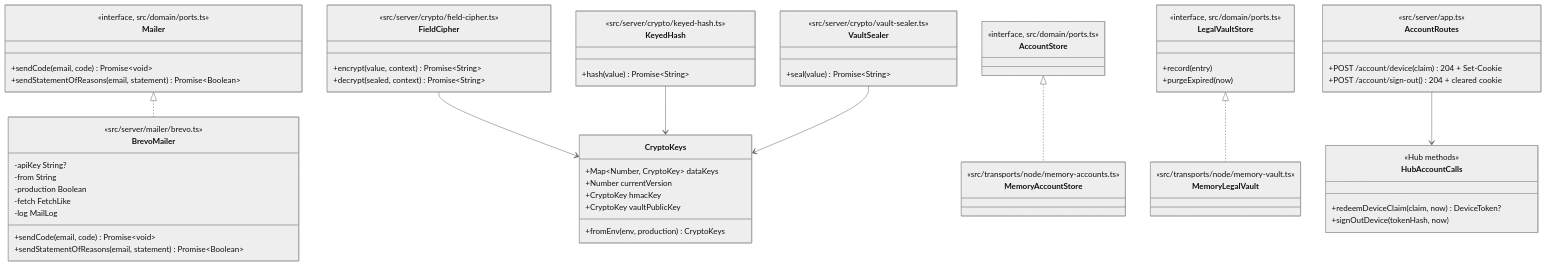
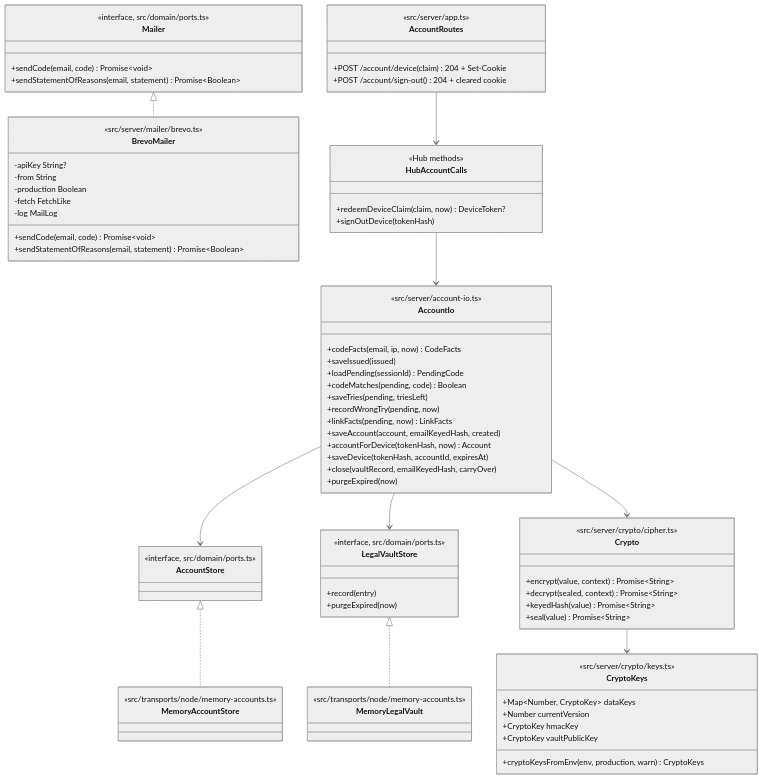
One commit to benoit-bremaud/asv changed the diagram in docs/architecture/diagrams/platform/04d-class-mailer-crypto-account-routes.md. Above: the diagram before and after it, drawn with Mermaid (neutral theme). The commit also changed other lines of this file and 48 other files, not shown here.

First line of the commit message:
feat(accounts): brick 5 — e-mail code sign-in, device cookie, encryption at rest

````diff
--- a/docs/architecture/diagrams/platform/04d-class-mailer-crypto-account-routes.md
+++ b/docs/architecture/diagrams/platform/04d-class-mailer-crypto-account-routes.md
@@ -16,69 +16,81 @@
 ```mermaid
 classDiagram
   class Mailer {
     <<interface, src/domain/ports.ts>>
     +sendCode(email, code) Promise~void~
     +sendStatementOfReasons(email, statement) Promise~Boolean~
   }
   class BrevoMailer {
     <<src/server/mailer/brevo.ts>>
     -apiKey String?
     -from String
     -production Boolean
     -fetch FetchLike
     -log MailLog
     +sendCode(email, code) Promise~void~
     +sendStatementOfReasons(email, statement) Promise~Boolean~
   }
-  class FieldCipher {
-    <<src/server/crypto/field-cipher.ts>>
+  class Crypto {
+    <<src/server/crypto/cipher.ts>>
     +encrypt(value, context) Promise~String~
     +decrypt(sealed, context) Promise~String~
-  }
-  class KeyedHash {
-    <<src/server/crypto/keyed-hash.ts>>
-    +hash(value) Promise~String~
-  }
-  class VaultSealer {
-    <<src/server/crypto/vault-sealer.ts>>
+    +keyedHash(value) Promise~String~
     +seal(value) Promise~String~
   }
   class CryptoKeys {
+    <<src/server/crypto/keys.ts>>
     +Map~Number, CryptoKey~ dataKeys
     +Number currentVersion
     +CryptoKey hmacKey
     +CryptoKey vaultPublicKey
-    +fromEnv(env, production) CryptoKeys
+    +cryptoKeysFromEnv(env, production, warn) CryptoKeys
   }
   class AccountStore {
     <<interface, src/domain/ports.ts>>
   }
   class LegalVaultStore {
     <<interface, src/domain/ports.ts>>
     +record(entry)
     +purgeExpired(now)
   }
   class MemoryAccountStore {
     <<src/transports/node/memory-accounts.ts>>
   }
   class MemoryLegalVault {
-    <<src/transports/node/memory-vault.ts>>
+    <<src/transports/node/memory-accounts.ts>>
+  }
+  class AccountIo {
+    <<src/server/account-io.ts>>
+    +codeFacts(email, ip, now) CodeFacts
+    +saveIssued(issued)
+    +loadPending(sessionId) PendingCode
+    +codeMatches(pending, code) Boolean
+    +saveTries(pending, triesLeft)
+    +recordWrongTry(pending, now)
+    +linkFacts(pending, now) LinkFacts
+    +saveAccount(account, emailKeyedHash, created)
+    +accountForDevice(tokenHash, now) Account
+    +saveDevice(tokenHash, accountId, expiresAt)
+    +close(vaultRecord, emailKeyedHash, carryOver)
+    +purgeExpired(now)
   }
   class AccountRoutes {
     <<src/server/app.ts>>
     +POST /account/device(claim) 204 + Set-Cookie
     +POST /account/sign-out() 204 + cleared cookie
   }
   class HubAccountCalls {
     <<Hub methods>>
     +redeemDeviceClaim(claim, now) DeviceToken?
-    +signOutDevice(tokenHash, now)
+    +signOutDevice(tokenHash)
   }
   Mailer <|.. BrevoMailer
   AccountStore <|.. MemoryAccountStore
   LegalVaultStore <|.. MemoryLegalVault
-  FieldCipher --> CryptoKeys
-  KeyedHash --> CryptoKeys
-  VaultSealer --> CryptoKeys
+  Crypto --> CryptoKeys
+  AccountIo --> AccountStore
+  AccountIo --> LegalVaultStore
+  AccountIo --> Crypto
+  HubAccountCalls --> AccountIo
   AccountRoutes --> HubAccountCalls
 ```
````
